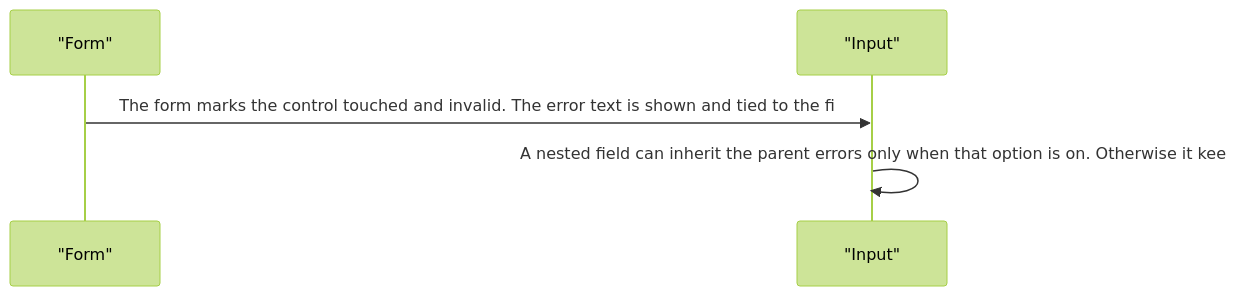
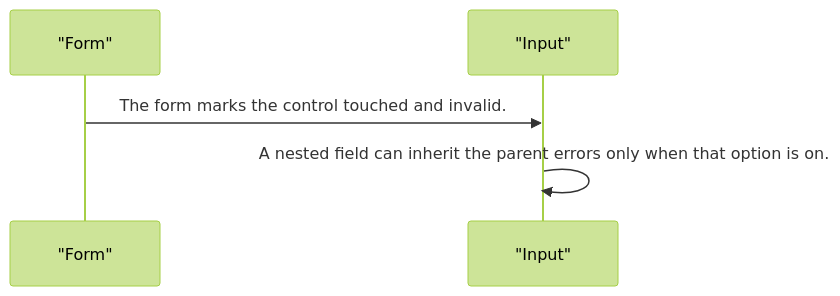
Before and after one commit to RajshekharBorate/pixel-ui: the third of 5 diagrams in projects/pixel-ui/src/lib/pixel-input/DESIGN.md, drawn with Mermaid (forest theme). The commit also changed other lines of this file and 80 other files, not shown here.

Commit message:
Fill missing design flows and correct the stories that did not match component behavior.

````diff
--- a/projects/pixel-ui/src/lib/pixel-input/DESIGN.md
+++ b/projects/pixel-ui/src/lib/pixel-input/DESIGN.md
@@ -69,7 +75,7 @@
 ```mermaid
 sequenceDiagram
   participant form as "Form"
   participant input as "Input"
-  form->>input: The form marks the control touched and invalid. The error text is shown and tied to the fi
-  input->>input: A nested field can inherit the parent errors only when that option is on. Otherwise it kee
+  form->>input: The form marks the control touched and invalid.
+  input->>input: A nested field can inherit the parent errors only when that option is on.
 ```
````
